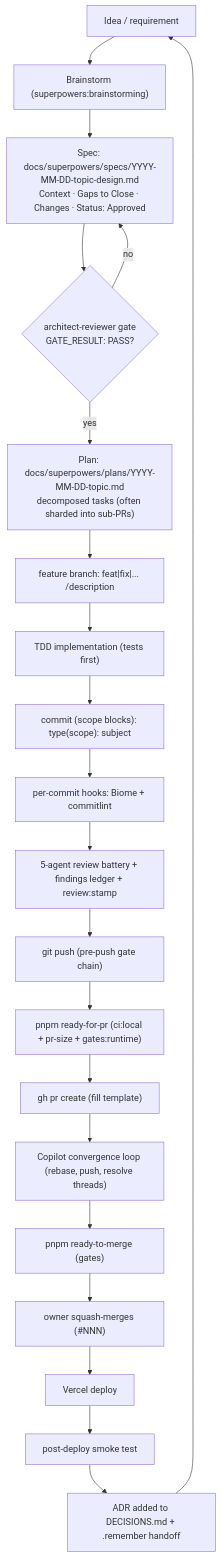
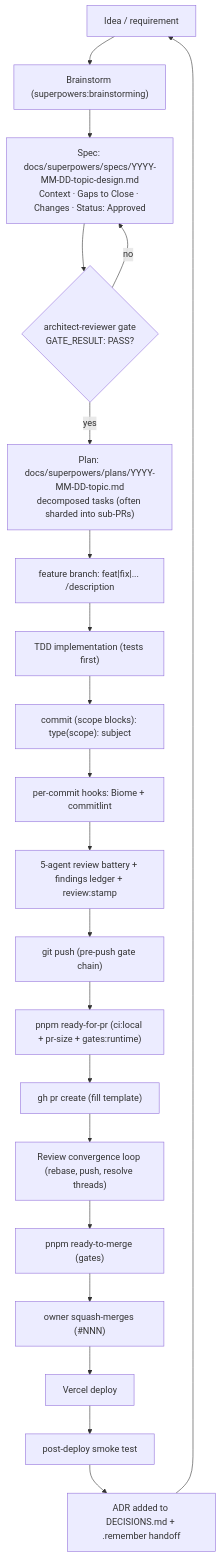
Before and after one commit to erikunha/portfolio: the first of 2 diagrams in docs/handbook/development-lifecycle.md, drawn with Mermaid. The commit also changed other lines of this file and 13 other files, not shown here.

First line of the commit message:
ci(review): make /claude-review post real inline comments; rename convergence skill (#141)

````diff
--- a/docs/handbook/development-lifecycle.md
+++ b/docs/handbook/development-lifecycle.md
@@ -7,23 +7,23 @@
 ```mermaid
 flowchart TD
     idea["Idea / requirement"] --> brainstorm["Brainstorm (superpowers:brainstorming)"]
     brainstorm --> spec["Spec: docs/superpowers/specs/YYYY-MM-DD-topic-design.md<br/>Context · Gaps to Close · Changes · Status: Approved"]
     spec --> agate{"architect-reviewer gate<br/>GATE_RESULT: PASS?"}
     agate -->|no| spec
     agate -->|yes| plan["Plan: docs/superpowers/plans/YYYY-MM-DD-topic.md<br/>decomposed tasks (often sharded into sub-PRs)"]
     plan --> branch["feature branch: feat|fix|... /description"]
     branch --> tdd["TDD implementation (tests first)"]
     tdd --> commit["commit (scope blocks): type(scope): subject"]
     commit --> hooks["per-commit hooks: Biome + commitlint"]
     hooks --> battery["5-agent review battery + findings ledger + review:stamp"]
     battery --> push["git push (pre-push gate chain)"]
     push --> readypr["pnpm ready-for-pr (ci:local + pr-size + gates:runtime)"]
     readypr --> pr["gh pr create (fill template)"]
-    pr --> conv["Copilot convergence loop (rebase, push, resolve threads)"]
+    pr --> conv["Review convergence loop (rebase, push, resolve threads)"]
     conv --> readymerge["pnpm ready-to-merge (gates)"]
     readymerge --> merge["owner squash-merges (#NNN)"]
     merge --> deploy["Vercel deploy"]
     deploy --> smoke["post-deploy smoke test"]
     smoke --> adr["ADR added to DECISIONS.md + .remember handoff"]
     adr --> idea
 ```
````
